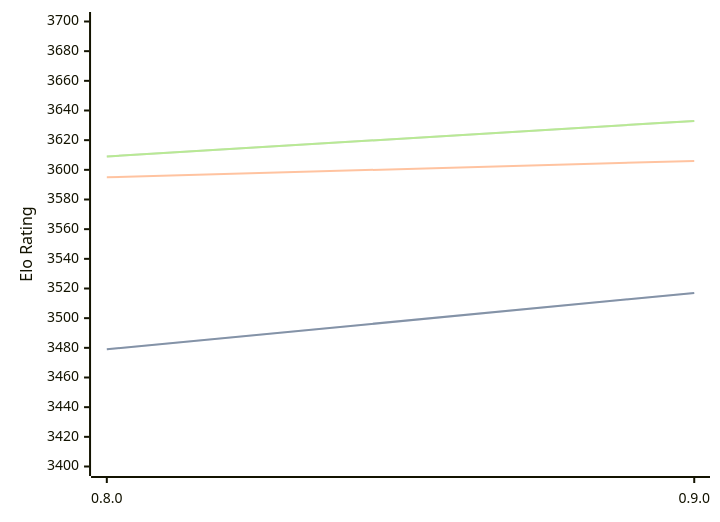
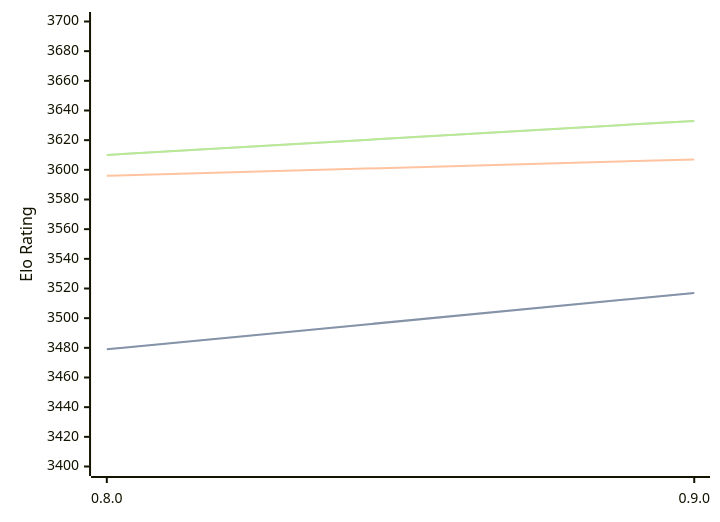
One commit to computer-chess-index/cci changed the diagram in engines/Reckless.md. Above: the diagram before and after it, drawn with Mermaid. The commit also changed other lines of this file, not shown here.

Commit message:
Update CCI Ratings (ELO VLTC) - 2026-04-22

````diff
--- a/engines/Reckless.md
+++ b/engines/Reckless.md
@@ -39,11 +39,11 @@
 ```mermaid
 %%{init: {"theme":"base","themeVariables":{"seriesColors:['#a3a3a3','#222221','#faa371']}}}%%
 xychart-beta
   x-axis ["0.8.0", "0.9.0"]
   y-axis "Elo Rating" 3400 --> 3700
   line "STC (8.0+0.08s)" [3479, 3517]
   line "STC (8.0+0.08s)" [3479, 3517]
-  line "LTC (60.0+0.60s)" [3595, 3606]
-  line "VLTC (2m24s+1.12s)" [3609, 3633]
-  line "VLTC (2m24s+1.12s)" [3609, 3633]
+  line "LTC (60.0+0.60s)" [3596, 3607]
+  line "VLTC (2m24s+1.12s)" [3610, 3633]
+  line "VLTC (2m24s+1.12s)" [3610, 3633]
 ```
````
